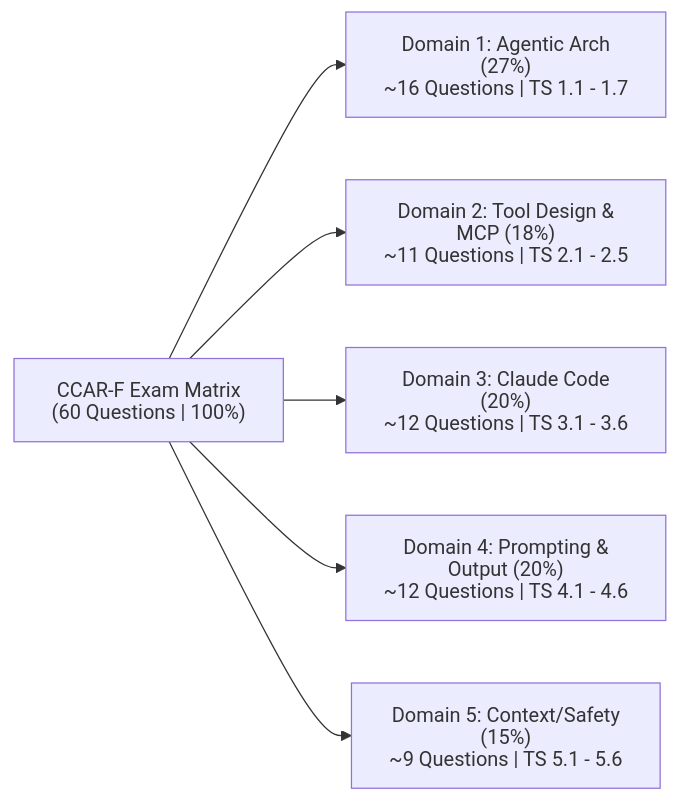
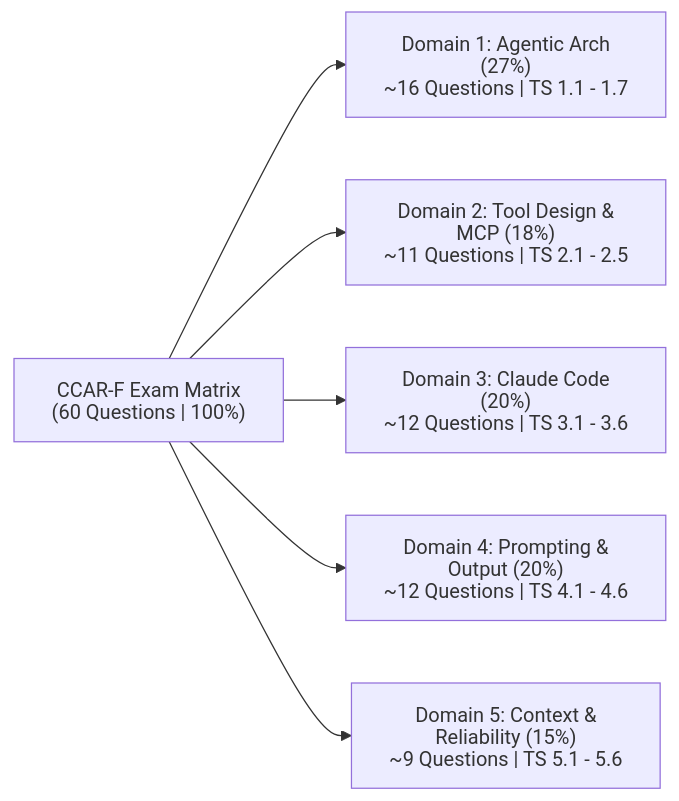
One commit to dip4k/claude_cert_architect_foundation_prep changed the second of 3 diagrams in EXAM_BLUEPRINT.md. Above: the diagram before and after it, drawn with Mermaid. The commit also changed other lines of this file and 50 other files, not shown here.

````diff
--- a/EXAM_BLUEPRINT.md
+++ b/EXAM_BLUEPRINT.md
@@ -42,13 +70,13 @@
 ```mermaid
 ---
 config:
   htmlLabels: false
 ---
 flowchart LR
     Exam["CCAR-F Exam Matrix<br>(60 Questions | 100%)"]
     Exam --> D1["Domain 1: Agentic Arch (27%)<br>~16 Questions | TS 1.1 - 1.7"]
     Exam --> D2["Domain 2: Tool Design & MCP (18%)<br>~11 Questions | TS 2.1 - 2.5"]
     Exam --> D3["Domain 3: Claude Code (20%)<br>~12 Questions | TS 3.1 - 3.6"]
     Exam --> D4["Domain 4: Prompting & Output (20%)<br>~12 Questions | TS 4.1 - 4.6"]
-    Exam --> D5["Domain 5: Context/Safety (15%)<br>~9 Questions | TS 5.1 - 5.6"]
+    Exam --> D5["Domain 5: Context & Reliability (15%)<br>~9 Questions | TS 5.1 - 5.6"]
 ```
````
